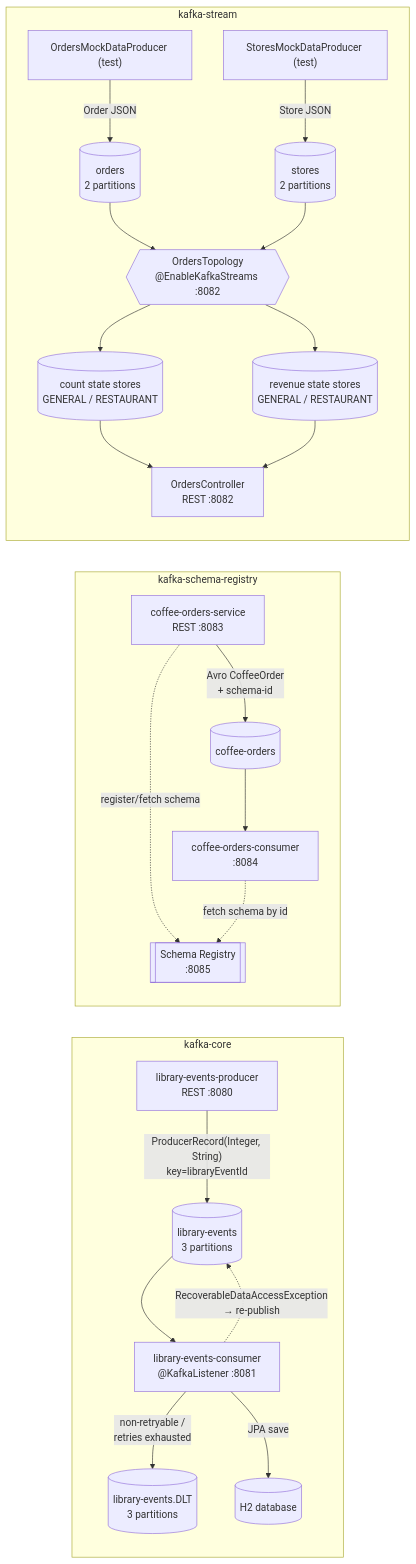
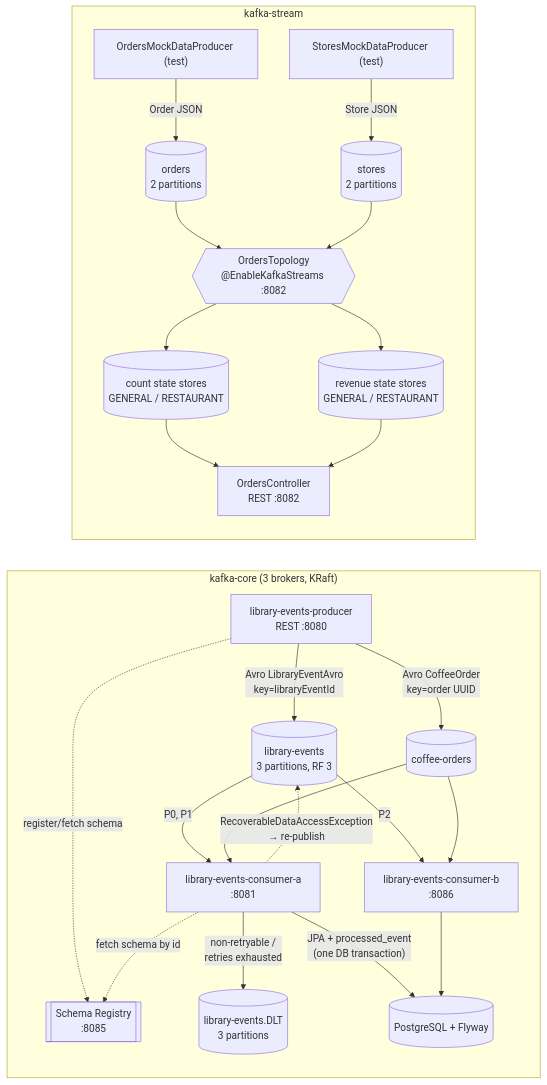
The first of 2 diagrams in README.md (himnay/learning-kafka), drawn with Mermaid before and after one commit. The commit also changed other lines of this file and 118 other files, not shown here.

First line of the commit message:
feat(kafka-core): Avro on a 3-broker cluster, two consumers, advanced Kafka features

````diff
--- a/README.md
+++ b/README.md
@@ -124,28 +125,28 @@
 ```mermaid
 flowchart LR
-    subgraph "kafka-core"
-        ProducerAPI["library-events-producer\nREST :8080"] -->|"ProducerRecord(Integer, String)\nkey=libraryEventId"| T1[("library-events\n3 partitions")]
-        T1 --> ConsumerListener["library-events-consumer\n@KafkaListener :8081"]
-        ConsumerListener -->|"non-retryable /\nretries exhausted"| DLT[("library-events.DLT\n3 partitions")]
-        ConsumerListener -->|"JPA save"| H2[(H2 database)]
-        ConsumerListener -.->|"RecoverableDataAccessException\n→ re-publish"| T1
-    end
-
-    subgraph "kafka-schema-registry"
-        CoffeeAPI["coffee-orders-service\nREST :8083"] -->|"Avro CoffeeOrder\n+ schema-id"| T2[("coffee-orders")]
-        T2 --> CoffeeConsumer["coffee-orders-consumer\n:8084"]
-        CoffeeAPI -. "register/fetch schema" .-> SR[["Schema Registry\n:8085"]]
-        CoffeeConsumer -. "fetch schema by id" .-> SR
+    subgraph "kafka-core (3 brokers, KRaft)"
+        ProducerAPI["library-events-producer\nREST :8080"] -->|"Avro LibraryEventAvro\nkey=libraryEventId"| T1[("library-events\n3 partitions, RF 3")]
+        ProducerAPI -->|"Avro CoffeeOrder\nkey=order UUID"| T2[("coffee-orders")]
+        ProducerAPI -. "register/fetch schema" .-> SR[["Schema Registry\n:8085"]]
+        T1 -->|"P0, P1"| ConsumerA["library-events-consumer-a\n:8081"]
+        T1 -->|"P2"| ConsumerB["library-events-consumer-b\n:8086"]
+        T2 --> ConsumerA
+        T2 --> ConsumerB
+        ConsumerA -. "fetch schema by id" .-> SR
+        ConsumerA -->|"non-retryable /\nretries exhausted"| DLT[("library-events.DLT\n3 partitions")]
+        ConsumerA -->|"JPA + processed_event\n(one DB transaction)"| PG[(PostgreSQL + Flyway)]
+        ConsumerB --> PG
+        ConsumerA -.->|"RecoverableDataAccessException\n→ re-publish"| T1
     end
 
     subgraph "kafka-stream"
         OrdersProducer["OrdersMockDataProducer (test)"] -->|"Order JSON"| T3[("orders\n2 partitions")]
         StoresProducer["StoresMockDataProducer (test)"] -->|"Store JSON"| T4[("stores\n2 partitions")]
         T3 --> Topology{{"OrdersTopology\n@EnableKafkaStreams :8082"}}
         T4 --> Topology
         Topology --> CountStore[("count state stores\nGENERAL / RESTAURANT")]
         Topology --> RevenueStore[("revenue state stores\nGENERAL / RESTAURANT")]
         CountStore --> StreamsAPI["OrdersController\nREST :8082"]
         RevenueStore --> StreamsAPI
     end
 ```
````
